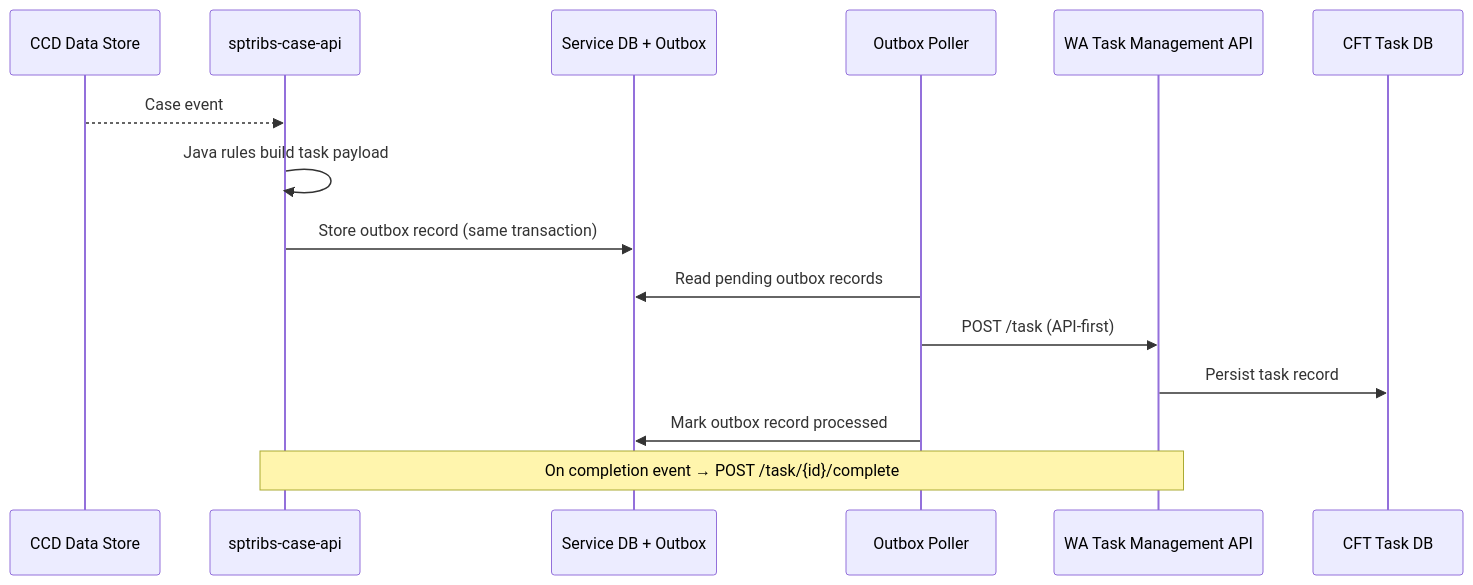
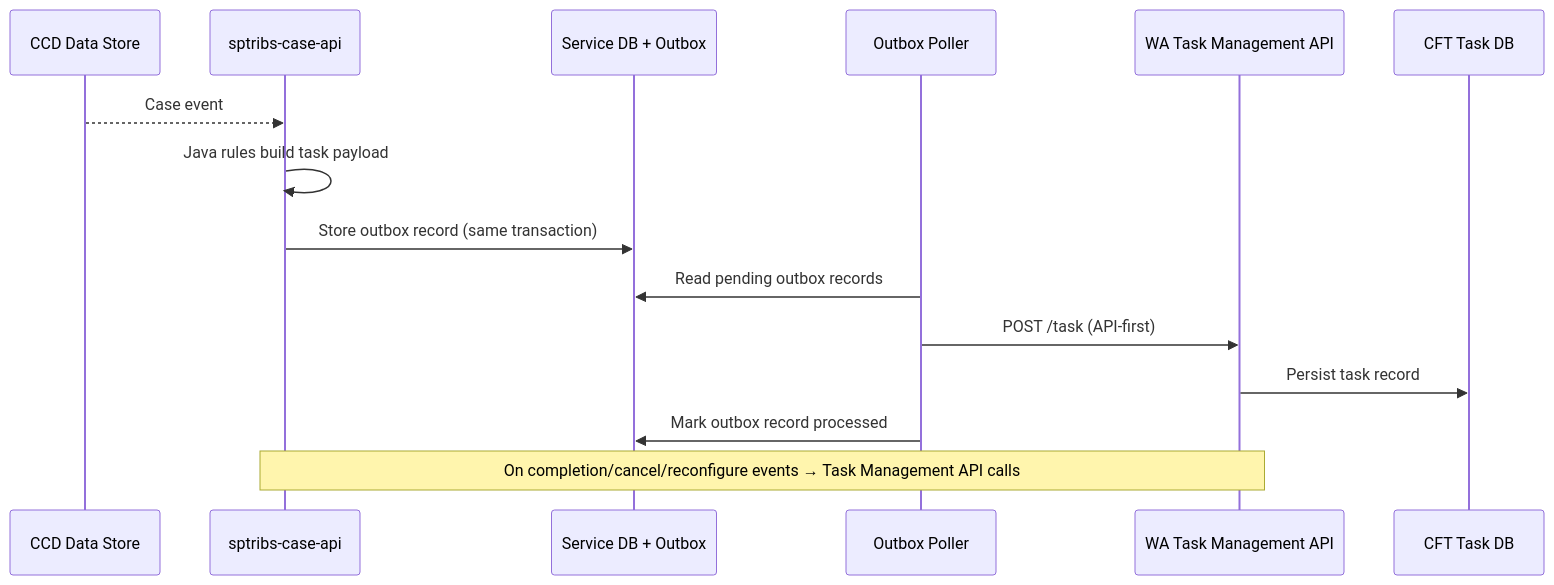
One commit to hmcts/dtsse-ccd-config-generator changed the second of 2 diagrams in docs/task-management/overview.md. Above: the diagram before and after it, drawn with Mermaid. The commit also changed other lines of this file, not shown here.

Commit message:
clarify cancel/reconfigure responsibilities

````diff
--- a/docs/task-management/overview.md
+++ b/docs/task-management/overview.md
@@ -54,18 +56,18 @@
 ```mermaid
 sequenceDiagram
   participant CCD as CCD Data Store
   participant SVC as sptribs-case-api
   participant DB as Service DB + Outbox
   participant POLL as Outbox Poller
   participant WATMGT as WA Task Management API
   participant CFTDB as CFT Task DB
 
   CCD-->>SVC: Case event
   SVC->>SVC: Java rules build task payload
   SVC->>DB: Store outbox record (same transaction)
   POLL->>DB: Read pending outbox records
   POLL->>WATMGT: POST /task (API-first)
   WATMGT->>CFTDB: Persist task record
   POLL->>DB: Mark outbox record processed
-  Note over SVC,WATMGT: On completion event → POST /task/{id}/complete
+  Note over SVC,WATMGT: On completion/cancel/reconfigure events → Task Management API calls
 ```
````
